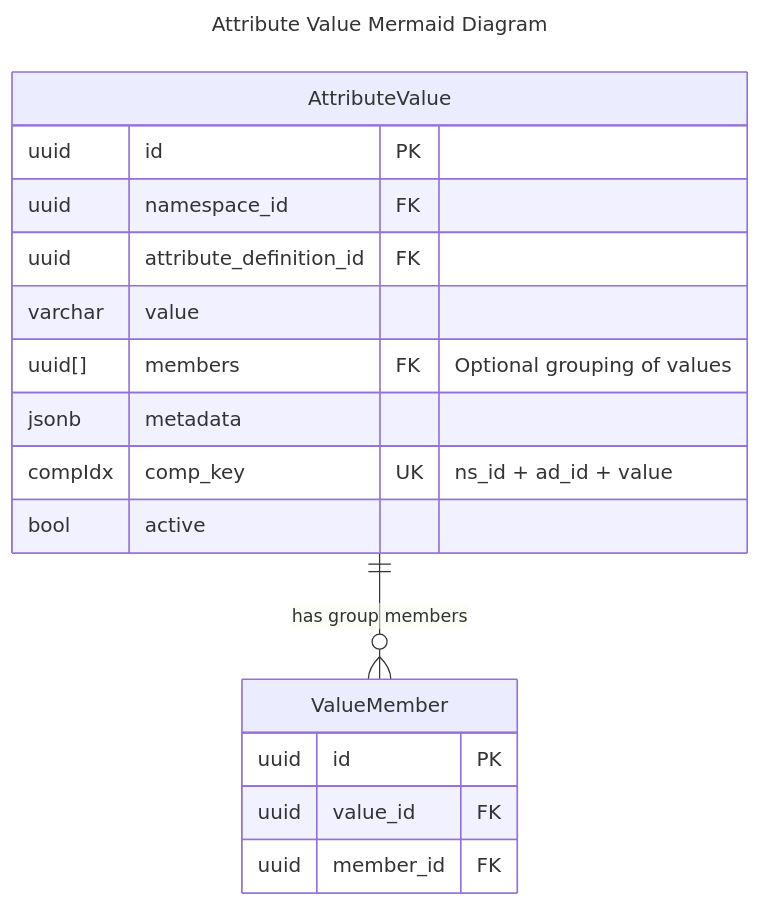
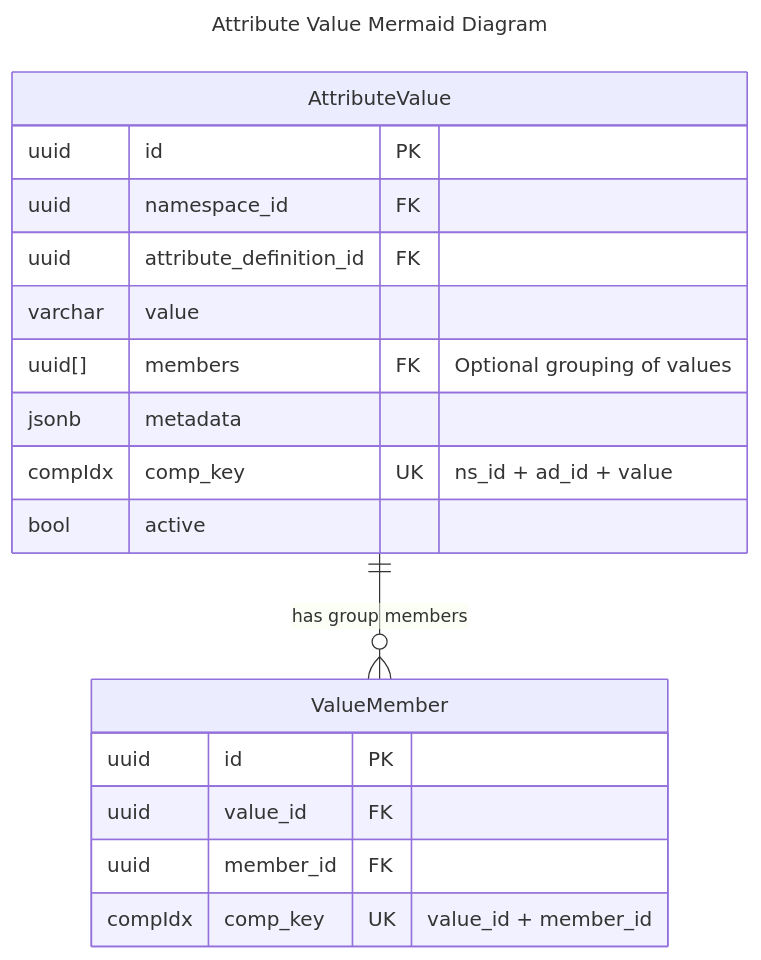
One commit to opentdf/platform changed the diagram in migrations/20240313000000_create_val_members.md. Above: the diagram before and after it, drawn with Mermaid.

````diff
--- a/migrations/20240313000000_create_val_members.md
+++ b/migrations/20240313000000_create_val_members.md
@@ -3,27 +3,28 @@
 ```mermaid
 ---
 title: Attribute Value Mermaid Diagram
 nodes: |
 ---
 
 erDiagram
     AttributeValue ||--o{ ValueMember: "has group members"
 
     AttributeValue {
         uuid         id                      PK
         uuid         namespace_id            FK
         uuid         attribute_definition_id FK
         varchar      value
         uuid[]       members                 FK "Optional grouping of values"
         jsonb        metadata
         compIdx      comp_key                UK "ns_id + ad_id + value"
         bool         active
     }
 
     ValueMember {
         uuid        id                      PK
         uuid        value_id                FK
         uuid        member_id               FK
+          compIdx comp_key UK "value_id + member_id"
     }
 
 ```
````
